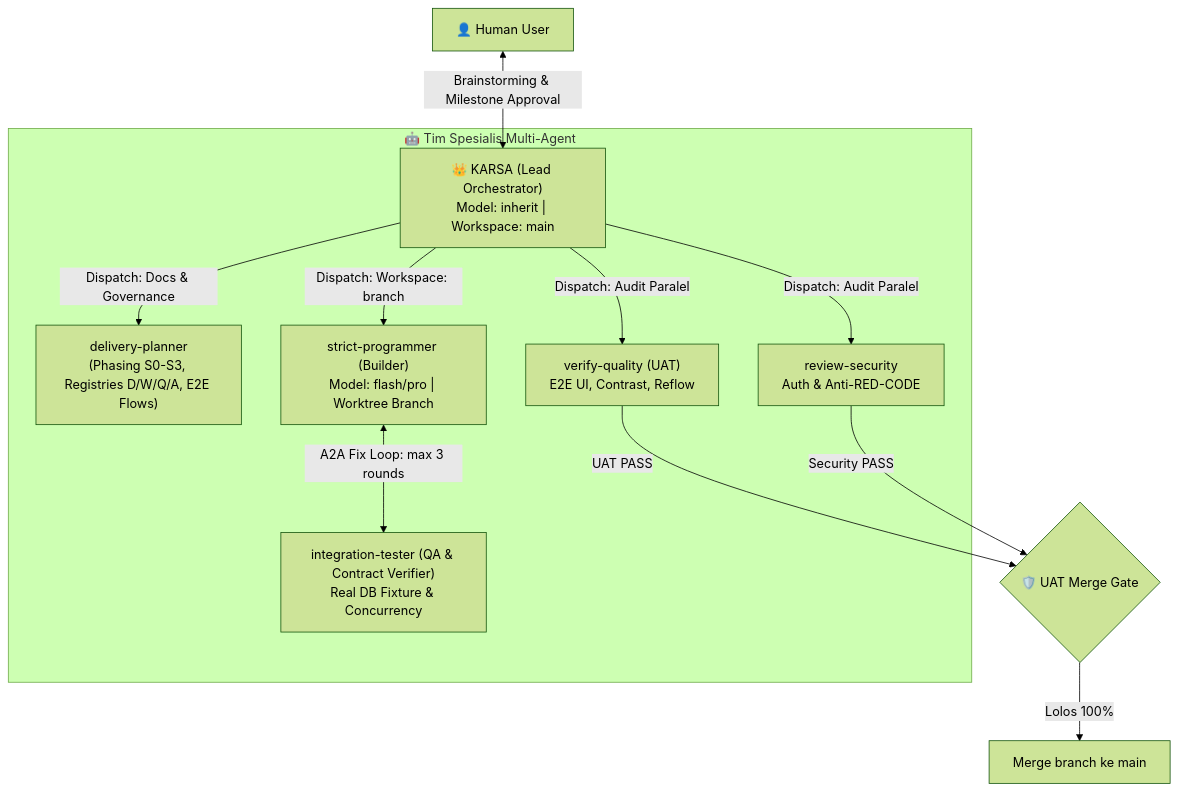
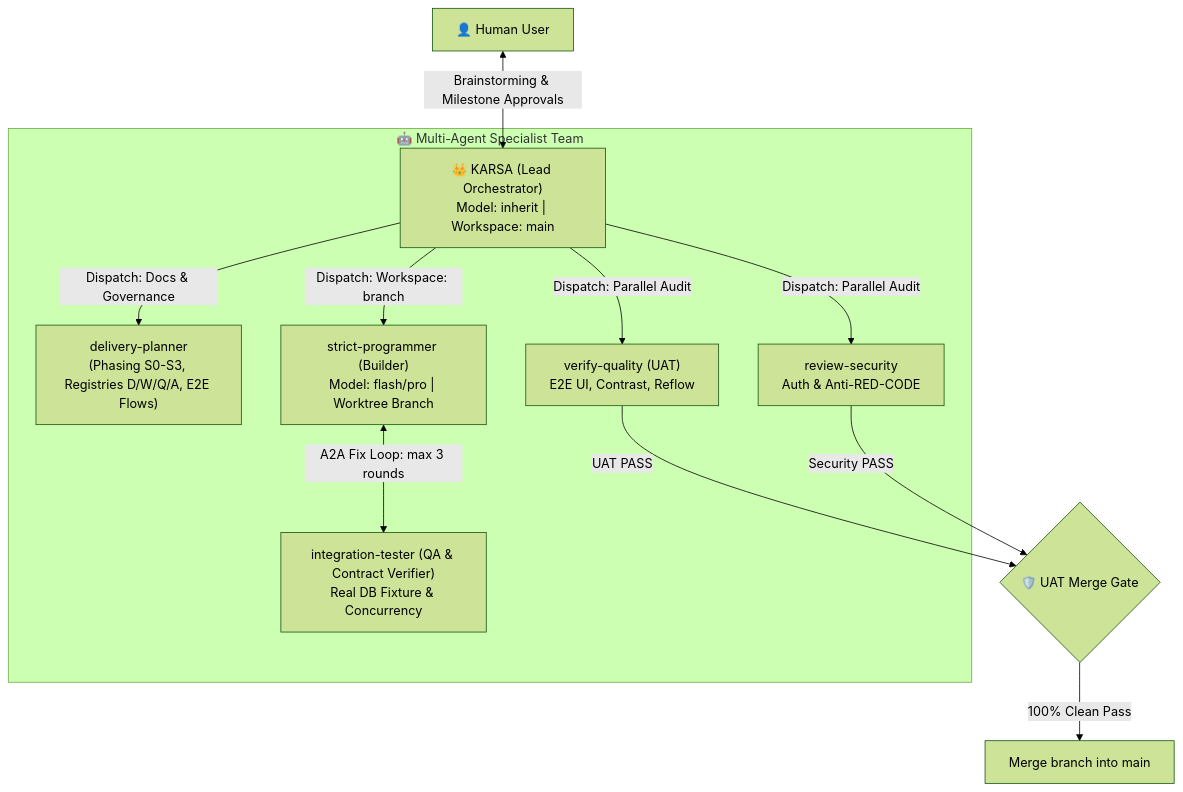
Before and after one commit to bestlian/karsa-orchestrator: the diagram in README.md, drawn with Mermaid (forest theme). The commit also changed other lines of this file, not shown here.

Commit message:
docs: rewrite README in English with v2.0.0 4-agent architecture

````diff
--- a/README.md
+++ b/README.md
@@ -160,18 +184,18 @@
 ```mermaid
 flowchart TD
-    User["👤 Human User"] <-->|Brainstorming & Milestone Approval| KARSA["👑 KARSA (Lead Orchestrator)\nModel: inherit | Workspace: main"]
+    User["👤 Human User"] <-->|Brainstorming & Milestone Approvals| KARSA["👑 KARSA (Lead Orchestrator)\nModel: inherit | Workspace: main"]
     
-    subgraph MultiAgentTeam ["🤖 Tim Spesialis Multi-Agent"]
+    subgraph MultiAgentTeam ["🤖 Multi-Agent Specialist Team"]
         KARSA -->|Dispatch: Docs & Governance| Planner["delivery-planner\n(Phasing S0-S3, Registries D/W/Q/A, E2E Flows)"]
         
         KARSA -->|Dispatch: Workspace: branch| Builder["strict-programmer (Builder)\nModel: flash/pro | Worktree Branch"]
         Builder <-->|A2A Fix Loop: max 3 rounds| Tester["integration-tester (QA & Contract Verifier)\nReal DB Fixture & Concurrency"]
         
-        KARSA -->|Dispatch: Audit Paralel| UATAuditor["verify-quality (UAT)\nE2E UI, Contrast, Reflow"]
-        KARSA -->|Dispatch: Audit Paralel| SecAuditor["review-security\nAuth & Anti-RED-CODE"]
+        KARSA -->|Dispatch: Parallel Audit| UATAuditor["verify-quality (UAT)\nE2E UI, Contrast, Reflow"]
+        KARSA -->|Dispatch: Parallel Audit| SecAuditor["review-security\nAuth & Anti-RED-CODE"]
     end
     
     UATAuditor -->|UAT PASS| MergeGate{"🛡️ UAT Merge Gate"}
     SecAuditor -->|Security PASS| MergeGate
-    MergeGate -->|Lolos 100%| MergeAction["Merge branch ke main"]
+    MergeGate -->|100% Clean Pass| MergeAction["Merge branch into main"]
 ```
````
